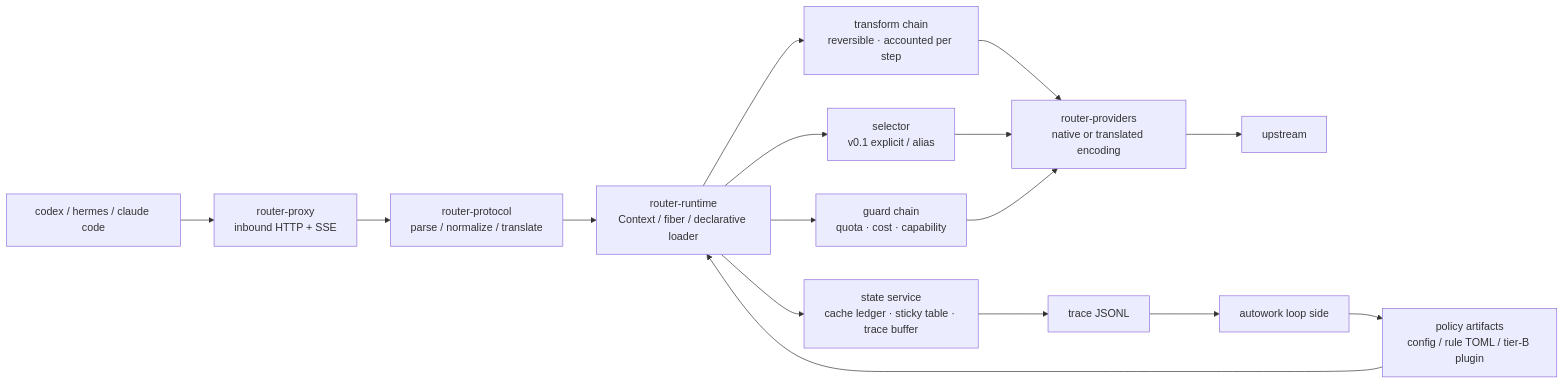
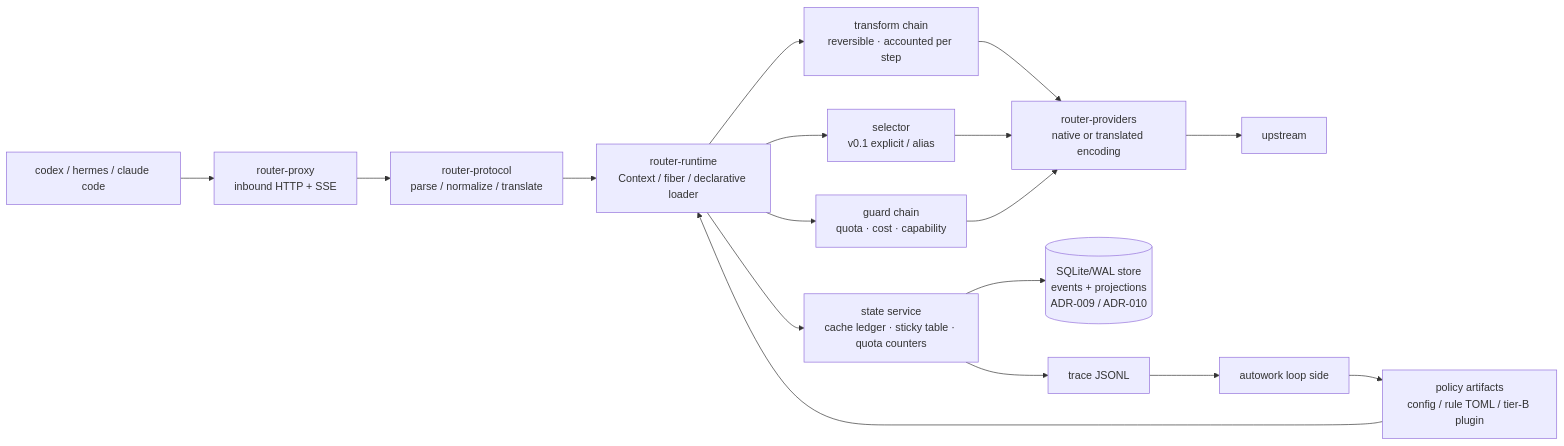
Before and after one commit to flyer103/vadis: the diagram in design/DESIGN.md, drawn with Mermaid. The commit also changed other lines of this file and 7 other files, not shown here.

````diff
--- a/design/DESIGN.md
+++ b/design/DESIGN.md
@@ -8,18 +8,19 @@
 ```mermaid
 flowchart LR
   C["codex / hermes / claude code"] --> PX["router-proxy<br/>inbound HTTP + SSE"]
   PX --> PD["router-protocol<br/>parse / normalize / translate"]
   PD --> RT["router-runtime<br/>Context / fiber / declarative loader"]
   RT --> TR["transform chain<br/>reversible · accounted per step"]
   RT --> SEL["selector<br/>v0.1 explicit / alias"]
   RT --> GD["guard chain<br/>quota · cost · capability"]
   TR --> PR["router-providers<br/>native or translated encoding"]
   SEL --> PR
   GD --> PR
   PR --> UP["upstream"]
-  RT --> ST["state service<br/>cache ledger · sticky table · trace buffer"]
+  RT --> ST["state service<br/>cache ledger · sticky table · quota counters"]
+  ST --> DB[("SQLite/WAL store<br/>events + projections<br/>ADR-009 / ADR-010")]
   ST --> TRC["trace JSONL"]
   TRC --> AW["autowork loop side"]
   AW --> ART["policy artifacts<br/>config / rule TOML / tier-B plugin"]
   ART --> RT
 ```
````
